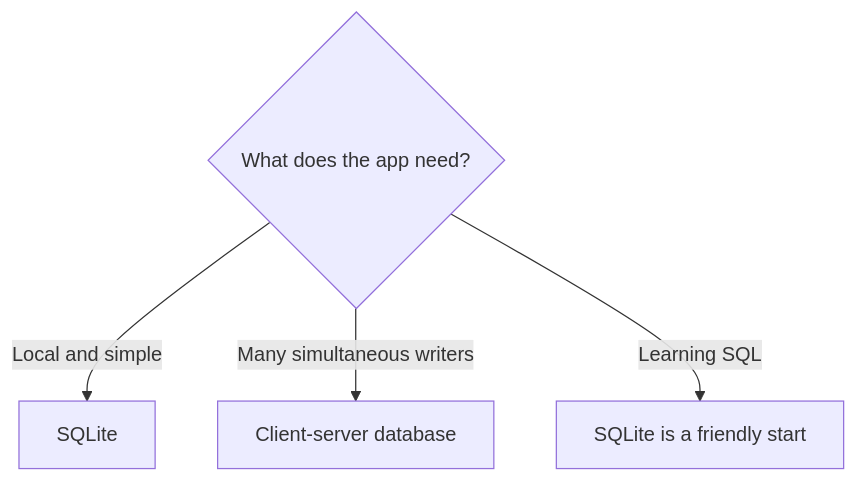
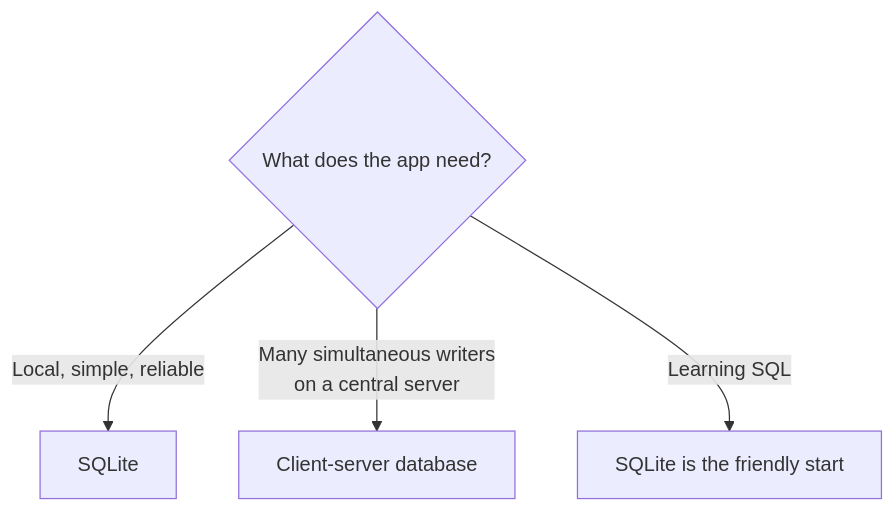
One commit to dataslope/dataslope changed the fourth of 4 diagrams in content/learn/sqlite-for-beginners/why-sqlite.mdx. Above: the diagram before and after it, drawn with Mermaid. The commit also changed other lines of this file and 7 other files, not shown here.

````diff
--- a/content/learn/sqlite-for-beginners/why-sqlite.mdx
+++ b/content/learn/sqlite-for-beginners/why-sqlite.mdx
@@ -258,7 +257,7 @@
 ```mermaid
 flowchart TB
     A{"What does the app need?"}
-    A -->|"Local and simple"| B["SQLite"]
-    A -->|"Many simultaneous writers"| C["Client-server database"]
-    A -->|"Learning SQL"| D["SQLite is a friendly start"]
+    A -->|"Local, simple, reliable"| B["SQLite"]
+    A -->|"Many simultaneous writers<br/>on a central server"| C["Client-server database"]
+    A -->|"Learning SQL"| D["SQLite is the friendly start"]
 ```
````
